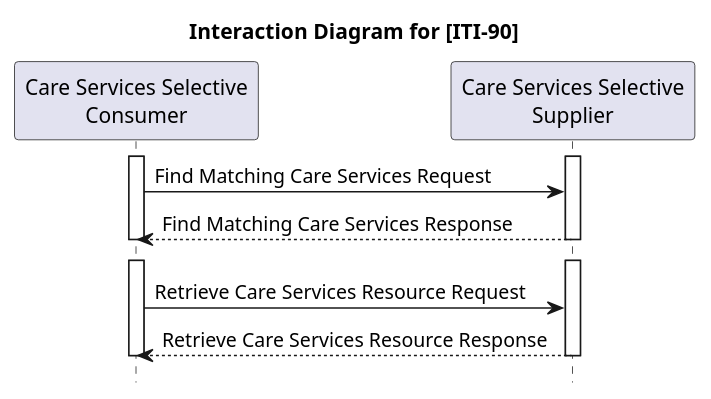
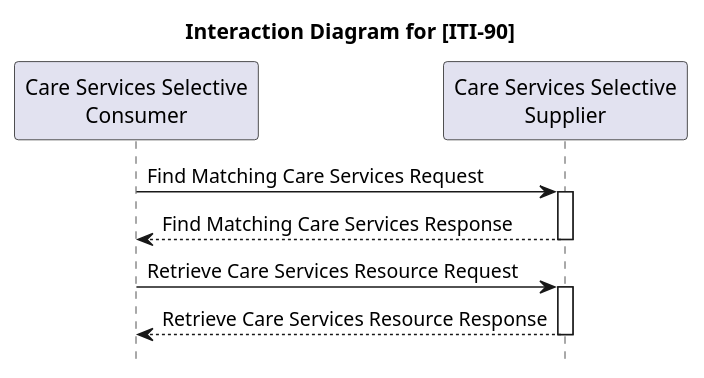
Before and after one commit to ehealthsuisse/ch-epr-fhir: the diagram in input/images-source/mCSD_ActorDiagram_ITI-90.plantuml, drawn with PlantUML. The commit also changed 33 other files, not shown here.

```diff
--- a/input/images-source/mCSD_ActorDiagram_ITI-90.plantuml
+++ b/input/images-source/mCSD_ActorDiagram_ITI-90.plantuml
@@ -1,24 +1,18 @@
 @startuml
 hide footbox
 
 title Interaction Diagram for [ITI-90]
 
 participant "Care Services Selective\nConsumer" as Client
 participant "Care Services Selective\nSupplier" as Server
 
-activate Client
-activate Server
+hide footbox
+autoactivate on
+
 Client -> Server : Find Matching Care Services Request
 Server --> Client : Find Matching Care Services Response
-deactivate Client
-deactivate Server
 
-Client -[hidden]> Server
-activate Client
-activate Server
 Client -> Server : Retrieve Care Services Resource Request
 Server --> Client : Retrieve Care Services Resource Response
-deactivate Server
-deactivate Client
 
 @enduml
```
